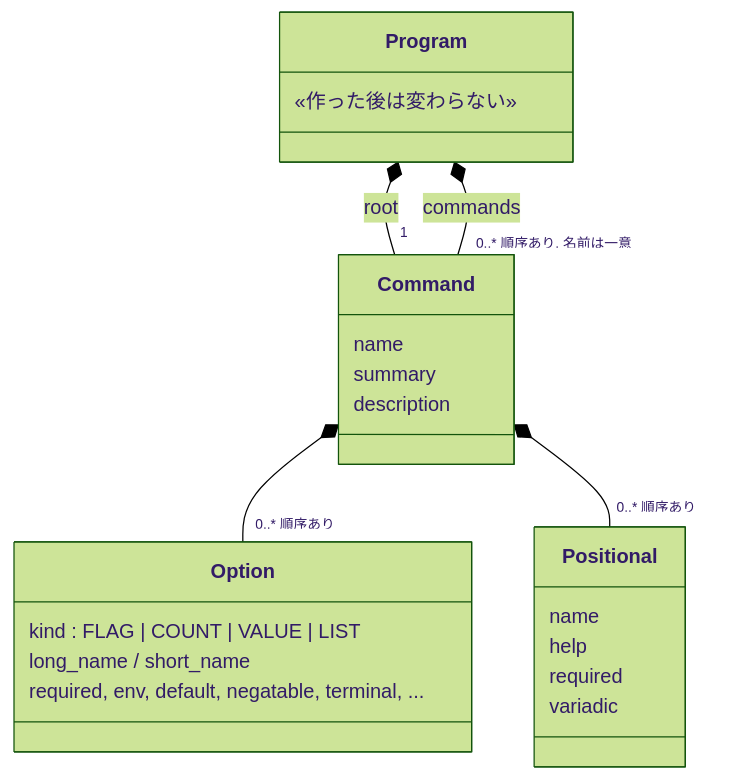
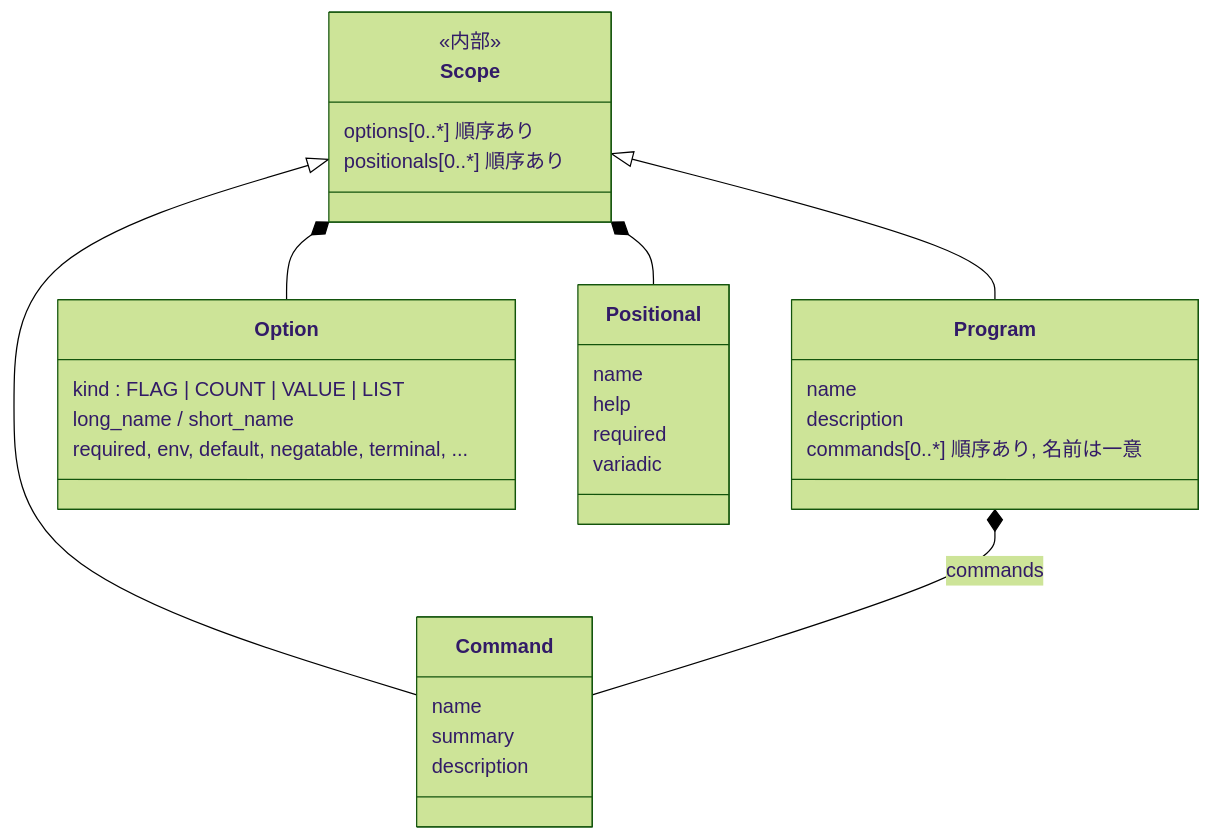
The second of 2 diagrams in docs/dev/architecture.md (ktdevx/clopts-private), drawn with Mermaid (forest theme) before and after one commit. The commit also changed other lines of this file and 18 other files, not shown here.

````diff
--- a/docs/dev/architecture.md
+++ b/docs/dev/architecture.md
@@ -34,27 +34,35 @@
 ```mermaid
 classDiagram
+    class Scope {
+        <<内部>>
+        options[0..*] 順序あり
+        positionals[0..*] 順序あり
+    }
     class Program {
-        «作った後は変わらない»
+        name
+        description
+        commands[0..*] 順序あり, 名前は一意
     }
     class Command {
         name
         summary
         description
     }
     class Option {
         kind : FLAG | COUNT | VALUE | LIST
         long_name / short_name
         required, env, default, negatable, terminal, ...
     }
     class Positional {
         name
         help
         required
         variadic
     }
 
-    Program *-- "1" Command : root
-    Program *-- "0..* 順序あり, 名前は一意" Command : commands
-    Command *-- "0..* 順序あり" Option
-    Command *-- "0..* 順序あり" Positional
+    Scope <|-- Program
+    Scope <|-- Command
+    Program *-- Command : commands
+    Scope *-- Option
+    Scope *-- Positional
 ```
````
